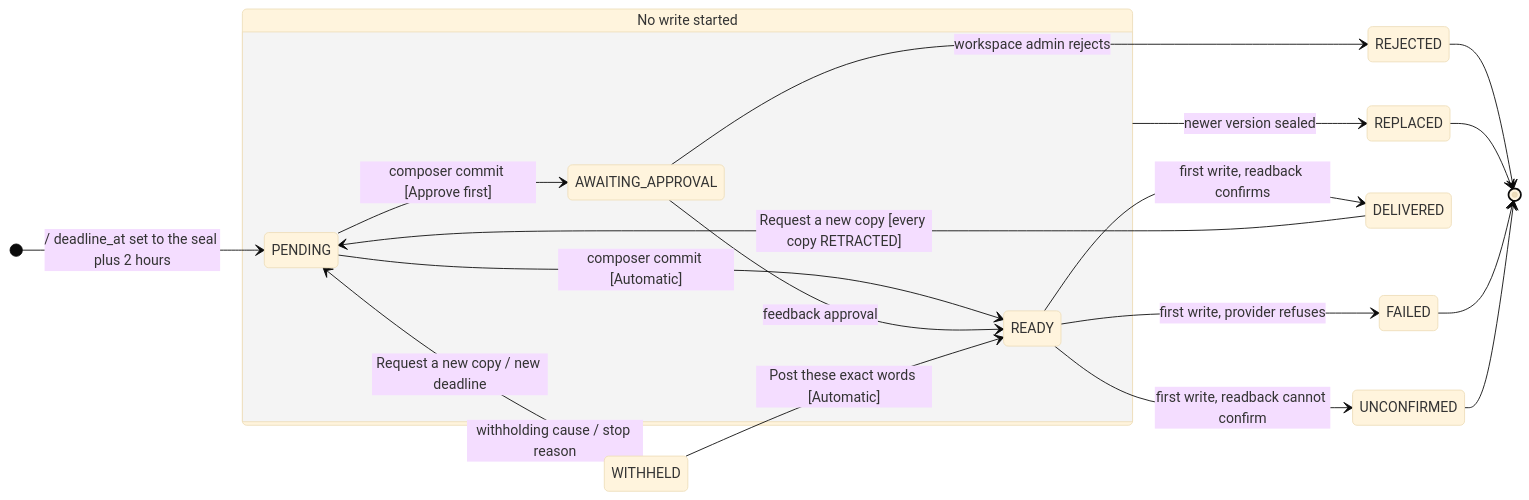
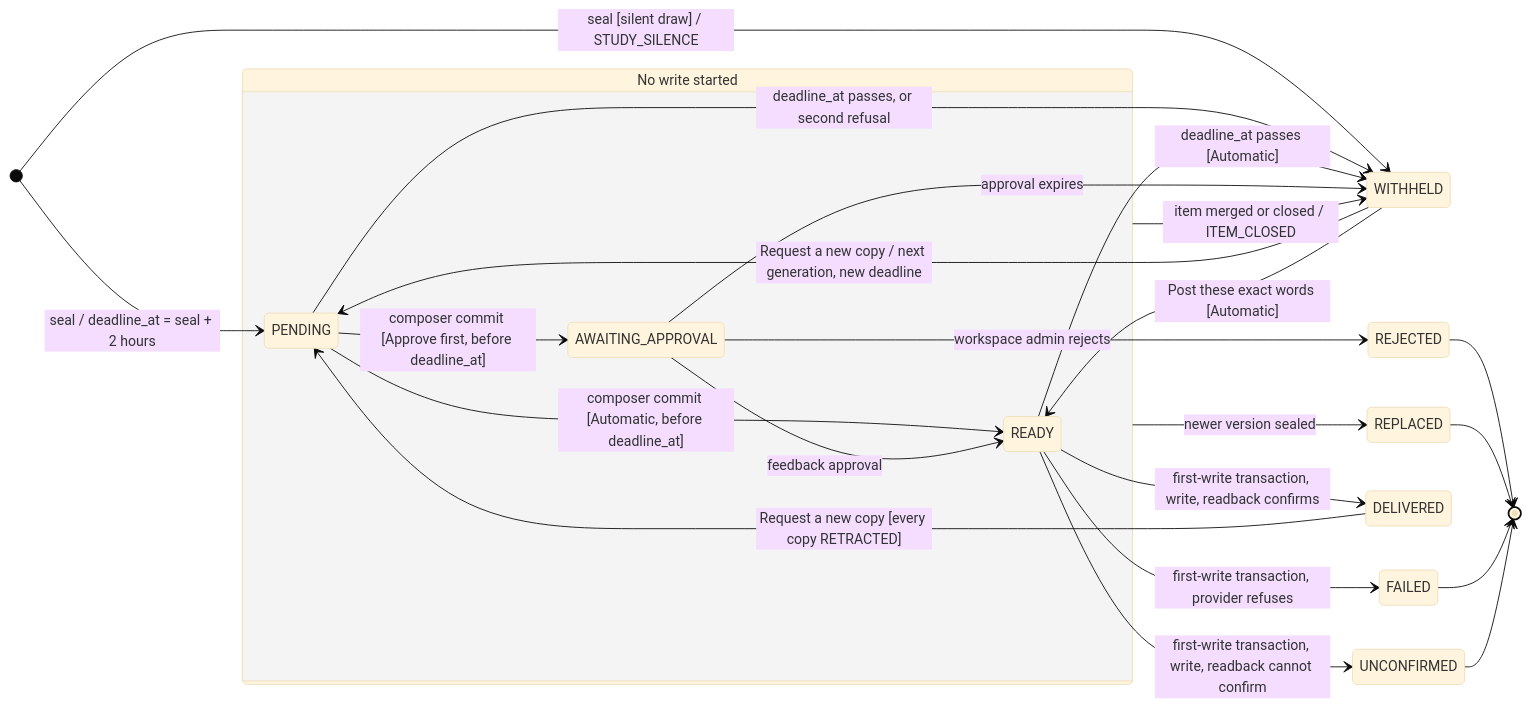
One commit to hephaestus-build/Hephaestus changed the seventh of 12 diagrams in docs/contributor/conversation-core.mdx. Above: the diagram before and after it, drawn with Mermaid (base theme). The commit also changed other lines of this file and 3 other files, not shown here.

````diff
--- a/docs/contributor/conversation-core.mdx
+++ b/docs/contributor/conversation-core.mdx
@@ -338,25 +435,29 @@
 ```mermaid
 stateDiagram-v2
     accTitle: Lifecycle of a copy on the work
-    accDescr: The seal inserts a PENDING copy with a deadline two hours later. A composer commit makes it READY, or AWAITING_APPROVAL under Approve first. The first write makes it DELIVERED, UNCONFIRMED or FAILED. Before a write starts, the deadline, a refusal, an approval expiry or a closed item withholds it, and a newer version replaces it. Request a new copy and Post these exact words restart a withheld copy.
+    accDescr: The seal inserts a PENDING copy with a deadline two hours later, or a silent draw withholds it at the seal with STUDY_SILENCE. A composer commit before the deadline makes it READY, or AWAITING_APPROVAL under Approve first. The deadline withholds a PENDING copy and a READY Automatic copy. The approval expiry withholds a copy that waits for approval. A merge or close withholds it, and a newer version replaces it, before a write starts. The first-write transaction then makes it DELIVERED, UNCONFIRMED or FAILED. Request a new copy and Post these exact words restart a withheld copy.
     direction LR
-    [*] --> PENDING : / deadline_at set to the seal plus 2 hours
+    [*] --> PENDING : seal / deadline_at = seal + 2 hours
+    [*] --> WITHHELD : seal [silent draw] / STUDY_SILENCE
     state "No write started" as Open {
-        PENDING --> AWAITING_APPROVAL : composer commit [Approve first]
-        PENDING --> READY : composer commit [Automatic]
+        PENDING --> AWAITING_APPROVAL : composer commit [Approve first, before deadline_at]
+        PENDING --> READY : composer commit [Automatic, before deadline_at]
         AWAITING_APPROVAL --> READY : feedback approval
     }
-    Open --> WITHHELD : withholding cause / stop reason
+    PENDING --> WITHHELD : deadline_at passes, or second refusal
+    READY --> WITHHELD : deadline_at passes [Automatic]
+    AWAITING_APPROVAL --> WITHHELD : approval expires
+    Open --> WITHHELD : item merged or closed / ITEM_CLOSED
     Open --> REPLACED : newer version sealed
     AWAITING_APPROVAL --> REJECTED : workspace admin rejects
-    READY --> DELIVERED : first write, readback confirms
-    READY --> UNCONFIRMED : first write, readback cannot confirm
-    READY --> FAILED : first write, provider refuses
-    WITHHELD --> PENDING : Request a new copy / new deadline
+    READY --> DELIVERED : first-write transaction, write, readback confirms
+    READY --> UNCONFIRMED : first-write transaction, write, readback cannot confirm
+    READY --> FAILED : first-write transaction, provider refuses
+    WITHHELD --> PENDING : Request a new copy / next generation, new deadline
     WITHHELD --> READY : Post these exact words [Automatic]
     DELIVERED --> PENDING : Request a new copy [every copy RETRACTED]
     REJECTED --> [*]
     REPLACED --> [*]
     FAILED --> [*]
     UNCONFIRMED --> [*]
 ```
````
